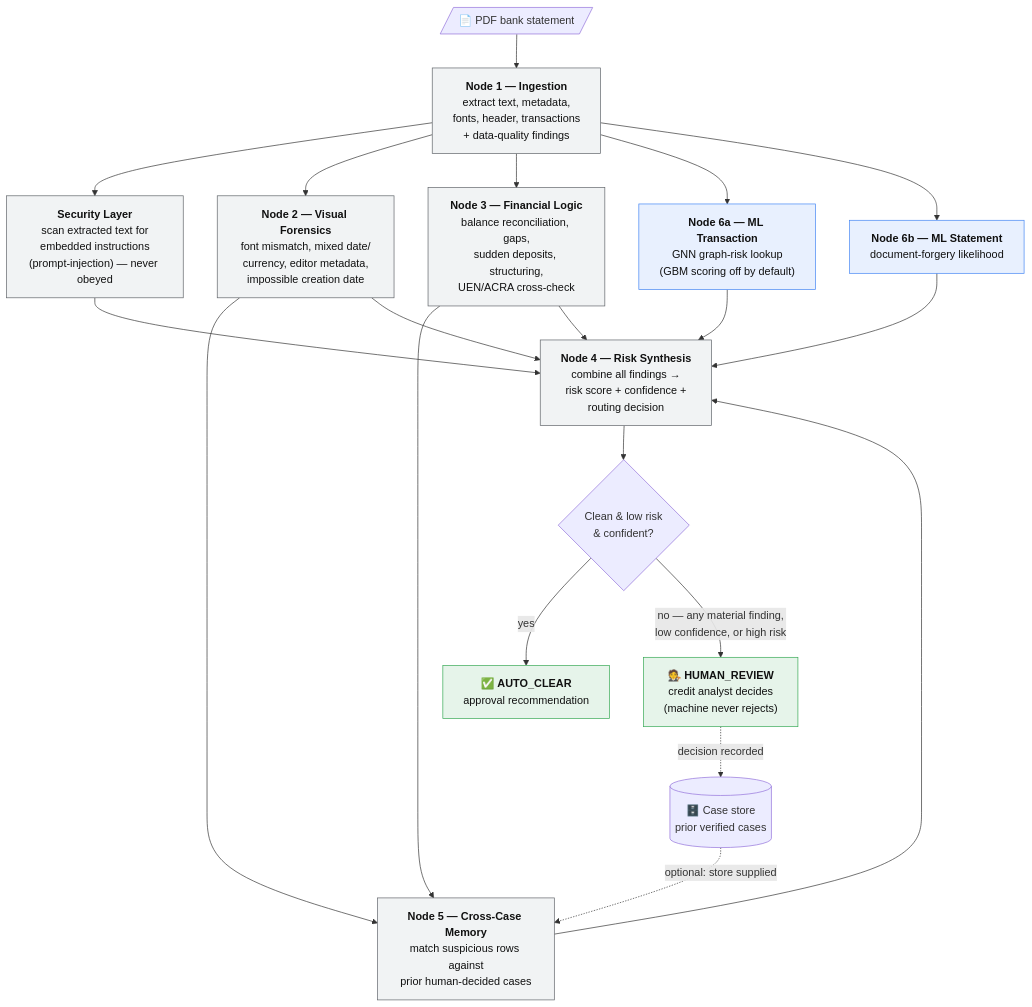
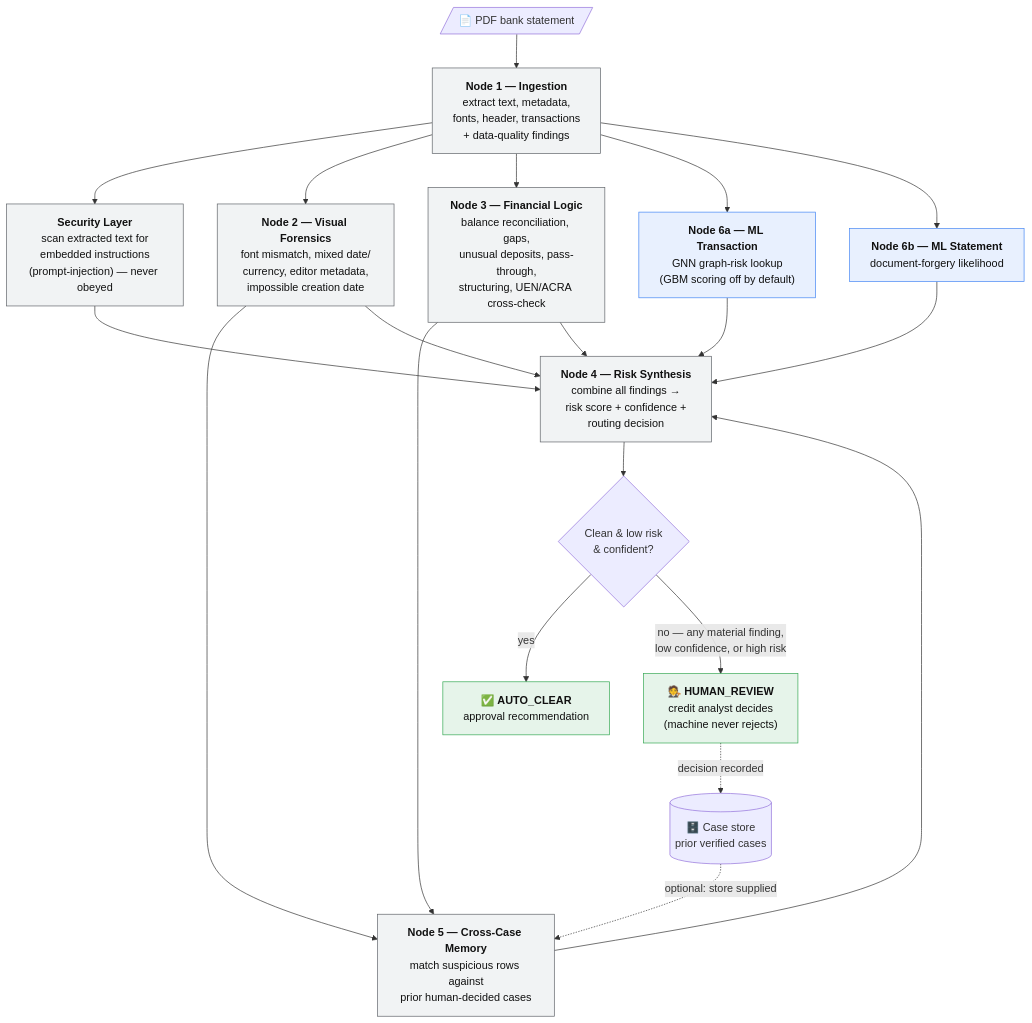
Before and after one commit to elline-c/AI-in-finance-: the diagram in WORKFLOW.md, drawn with Mermaid. The commit also changed other lines of this file and 2 other files, not shown here.

First line of the commit message:
Docs: describe Node 3 learned baselines for gaps, deposits and pass-through

````diff
--- a/WORKFLOW.md
+++ b/WORKFLOW.md
@@ -10,45 +10,45 @@
 ```mermaid
 flowchart TD
     PDF[/"📄 PDF bank statement"/] --> N1
 
     N1["<b>Node 1 — Ingestion</b><br/>extract text, metadata,<br/>fonts, header, transactions<br/>+ data-quality findings"]
 
     N1 --> SEC["<b>Security Layer</b><br/>scan extracted text for<br/>embedded instructions<br/>(prompt-injection) — never obeyed"]
 
     %% Independent detection agents all consume the ingestion result
     N1 --> N2["<b>Node 2 — Visual Forensics</b><br/>font mismatch, mixed date/<br/>currency, editor metadata,<br/>impossible creation date"]
-    N1 --> N3["<b>Node 3 — Financial Logic</b><br/>balance reconciliation, gaps,<br/>sudden deposits, structuring,<br/>UEN/ACRA cross-check"]
+    N1 --> N3["<b>Node 3 — Financial Logic</b><br/>balance reconciliation, gaps,<br/>unusual deposits, pass-through,<br/>structuring, UEN/ACRA cross-check"]
 
     %% ML agents: loaded at startup; 6a's transaction scoring is off by default
     N1 --> N6A["<b>Node 6a — ML Transaction</b><br/>GNN graph-risk lookup<br/>(GBM scoring off by default)"]
     N1 --> N6B["<b>Node 6b — ML Statement</b><br/>document-forgery likelihood"]
 
     %% Node 5 memory depends on prior case store + this run's suspicious rows
     N2 --> N5
     N3 --> N5
     STORE[("🗄️ Case store<br/>prior verified cases")] -.optional: store supplied.-> N5["<b>Node 5 — Cross-Case Memory</b><br/>match suspicious rows against<br/>prior human-decided cases"]
 
     %% Everyone's findings flow into synthesis
     SEC --> N4
     N2 --> N4
     N3 --> N4
     N6A --> N4
     N6B --> N4
     N5 --> N4
 
     N4["<b>Node 4 — Risk Synthesis</b><br/>combine all findings →<br/>risk score + confidence +<br/>routing decision"]
 
     N4 --> DECISION{"Clean & low risk<br/>& confident?"}
     DECISION -->|yes| AUTO["✅ <b>AUTO_CLEAR</b><br/>approval recommendation"]
     DECISION -->|"no — any material finding,<br/>low confidence, or high risk"| HUMAN["🧑‍⚖️ <b>HUMAN_REVIEW</b><br/>credit analyst decides<br/>(machine never rejects)"]
 
     %% Human decision feeds back into the memory store
     HUMAN -.decision recorded.-> STORE
 
     classDef ml fill:#e8f0fe,stroke:#4285f4,color:#111;
     classDef core fill:#f1f3f4,stroke:#5f6368,color:#111;
     classDef outcome fill:#e6f4ea,stroke:#34a853,color:#111;
     class N6A,N6B ml;
     class N1,N2,N3,N4,N5,SEC core;
     class AUTO,HUMAN outcome;
 ```
````
